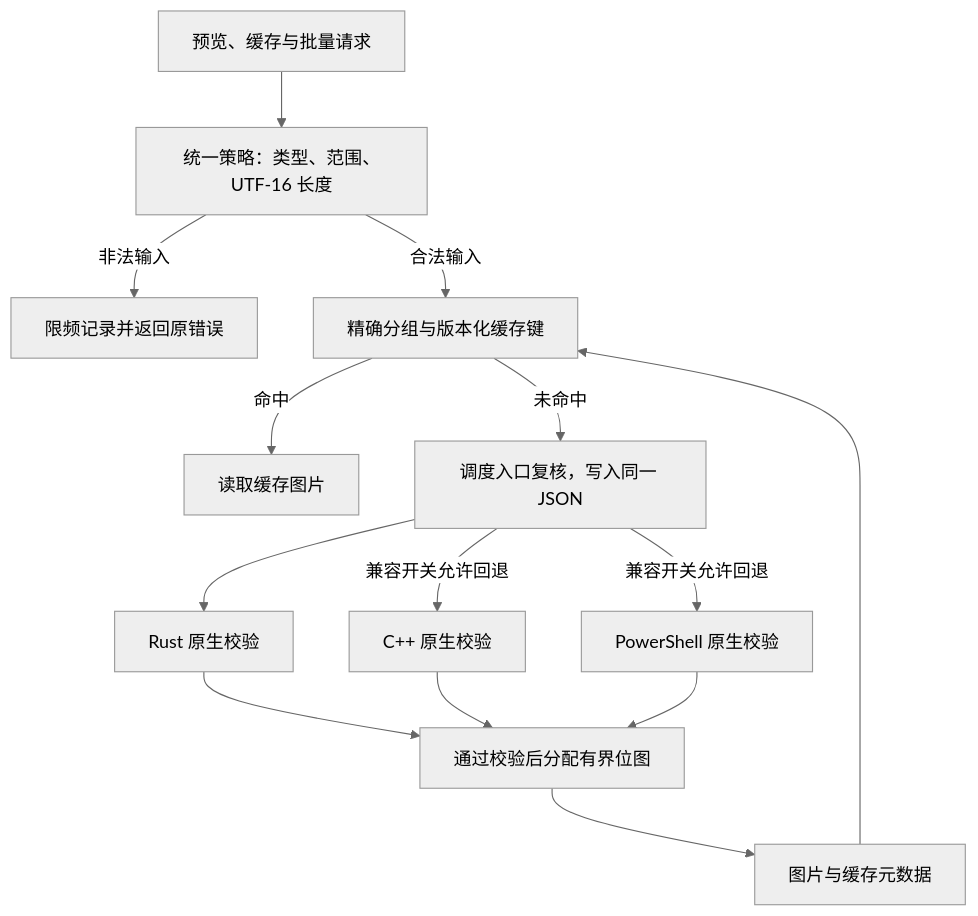
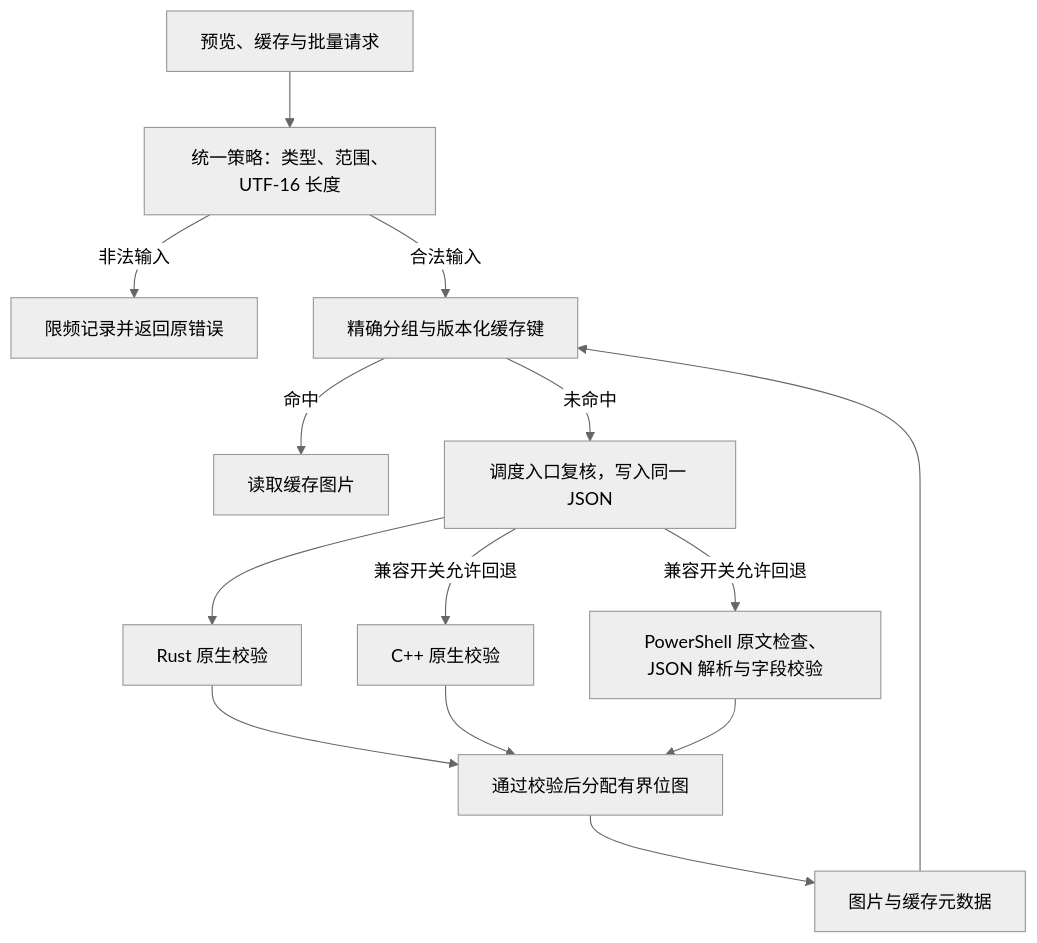
One commit to uniquenesssta/99 changed the second of 2 diagrams in docs/plans/HFM_STAGE_03_FILE_PREVIEW_TASKBOOK.md. Above: the diagram before and after it, drawn with Mermaid (neutral theme). The commit also changed other lines of this file and 6 other files, not shown here.

````diff
--- a/docs/plans/HFM_STAGE_03_FILE_PREVIEW_TASKBOOK.md
+++ b/docs/plans/HFM_STAGE_03_FILE_PREVIEW_TASKBOOK.md
@@ -247,16 +248,16 @@
 ```mermaid
 flowchart TD
  A["预览、缓存与批量请求"] --> B["统一策略：类型、范围、UTF-16 长度"]
  B -->|"非法输入"| C["限频记录并返回原错误"]
  B -->|"合法输入"| D["精确分组与版本化缓存键"]
  D -->|"命中"| J["读取缓存图片"]
  D -->|"未命中"| E["调度入口复核，写入同一 JSON"]
  E --> F["Rust 原生校验"]
  E -->|"兼容开关允许回退"| G["C++ 原生校验"]
- E -->|"兼容开关允许回退"| H["PowerShell 原生校验"]
+ E -->|"兼容开关允许回退"| H["PowerShell 原文检查、JSON 解析与字段校验"]
  F --> I["通过校验后分配有界位图"]
  G --> I
  H --> I
  I --> K["图片与缓存元数据"]
  K --> D
 ```
````
